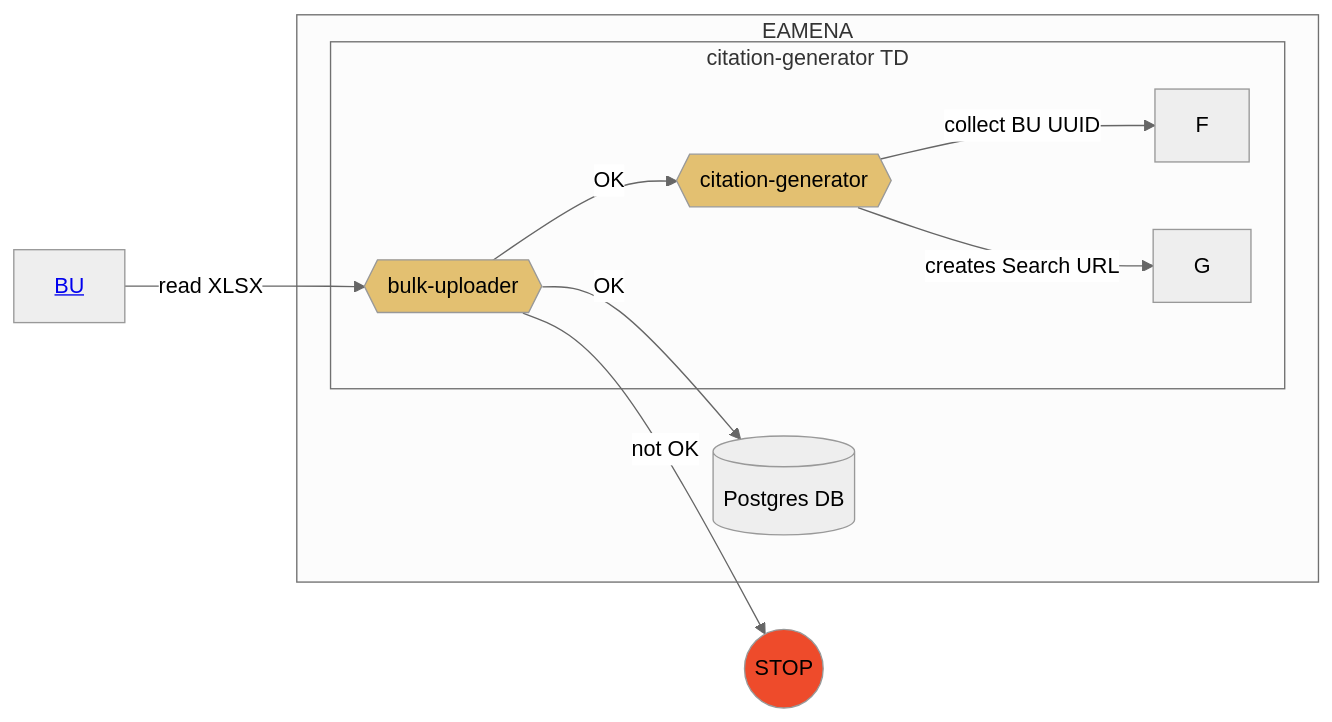
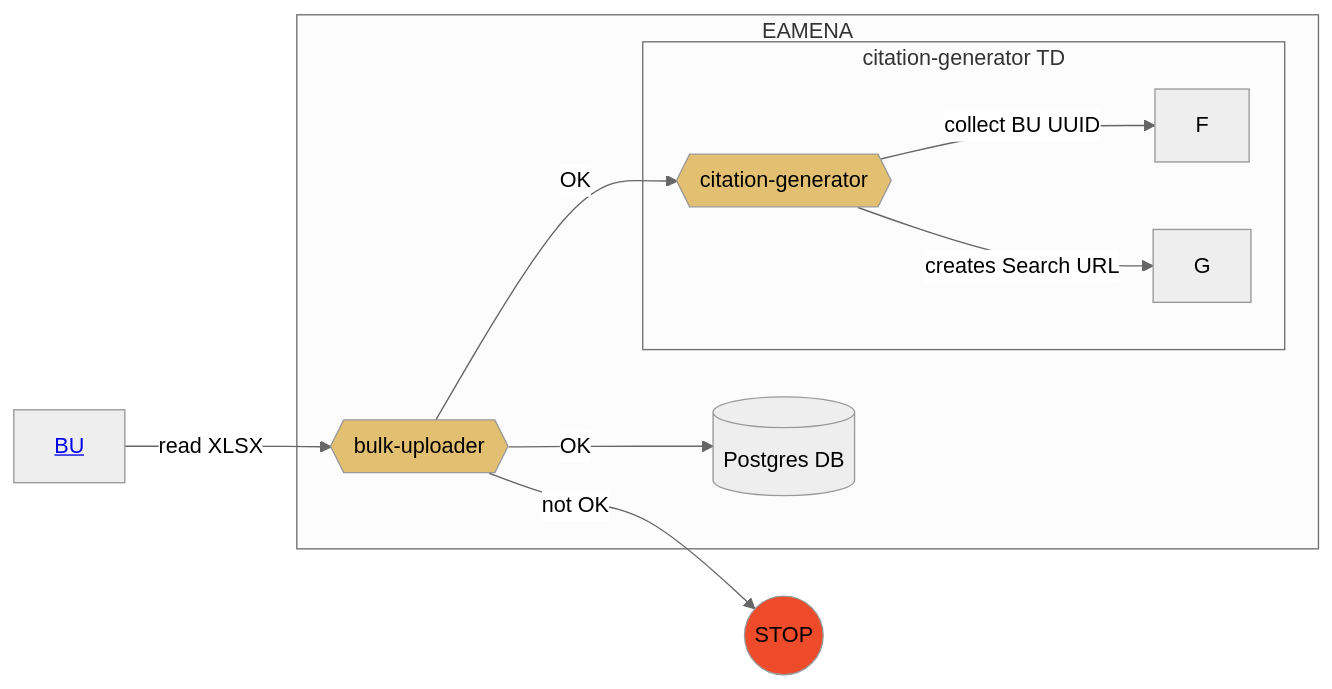
One commit to eamena-project/eamena-arches-dev changed the diagram in data/bibref/README.md. Above: the diagram before and after it, drawn with Mermaid (neutral theme).

Commit message:
citation README

````diff
--- a/data/bibref/README.md
+++ b/data/bibref/README.md
@@ -11,15 +11,15 @@
 ```mermaid
 flowchart LR
 	A[<a href='https://github.com/eamena-project/eamena-arches-dev/blob/main/dbs/database.eamena/docs/notes/Arches%207%20Upgrade.md#splitchunk'>BU</a>] --read XLSX--> B{{bulk-uploader}}:::eamenaFunc;
 	subgraph EAMENA
 	B -- OK --> C[(Postgres DB)];
+	B -- OK --> E{{citation-generator}}:::eamenaFunc;
 		subgraph citation-generator TD
-		B -- OK --> E{{citation-generator}}:::eamenaFunc;
 		E -- collect BU UUID --> F;
 		E -- creates Search URL --> G;
 		end
 	end
 	B -- not OK --> D((STOP)):::stop;
 	classDef eamenaFunc fill:#e3c071;
 	classDef stop fill:#EE4B2B;
 ```
````
